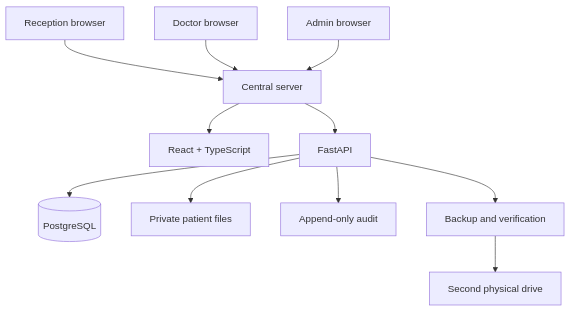
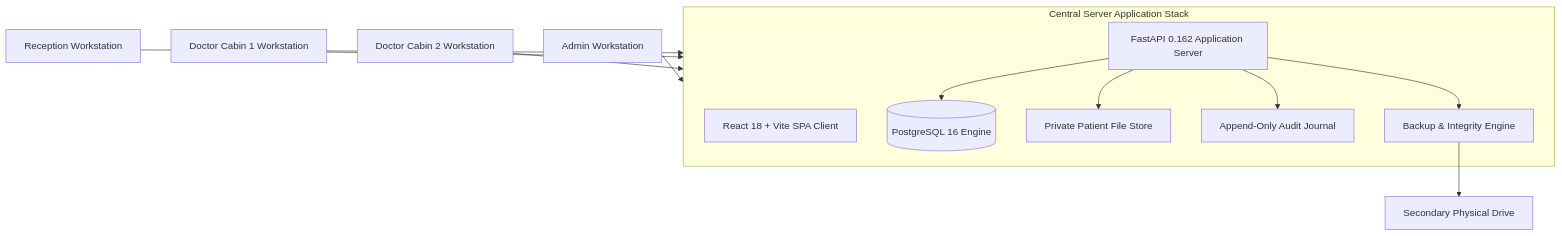
Before and after one commit to aayushsharma141/dr-sr: the diagram in ARCHITECTURE.md, drawn with Mermaid. The commit also changed other lines of this file and 135 other files, not shown here.

````diff
--- a/ARCHITECTURE.md
+++ b/ARCHITECTURE.md
@@ -9,13 +9,22 @@
 ```mermaid
 flowchart TB
-  R[Reception browser] --> S[Central server]
-  D[Doctor browser] --> S
-  A[Admin browser] --> S
-  S --> F[React + TypeScript]
-  S --> API[FastAPI]
-  API --> DB[(PostgreSQL)]
-  API --> FS[Private patient files]
-  API --> AU[Append-only audit]
-  API --> BK[Backup and verification]
-  BK --> DRIVE[Second physical drive]
+  R[Reception Workstation] --> S[Central LAN Server]
+  D1[Doctor Cabin 1 Workstation] --> S
+  D2[Doctor Cabin 2 Workstation] --> S
+  A[Admin Workstation] --> S
+  
+  subgraph S [Central Server Application Stack]
+    F[React 18 + Vite SPA Client]
+    API[FastAPI 0.162 Application Server]
+    DB[(PostgreSQL 16 Engine)]
+    FS[Private Patient File Store]
+    AU[Append-Only Audit Journal]
+    BK[Backup & Integrity Engine]
+  end
+
+  API --> DB
+  API --> FS
+  API --> AU
+  API --> BK
+  BK --> DRIVE[Secondary Physical Drive]
 ```
````
